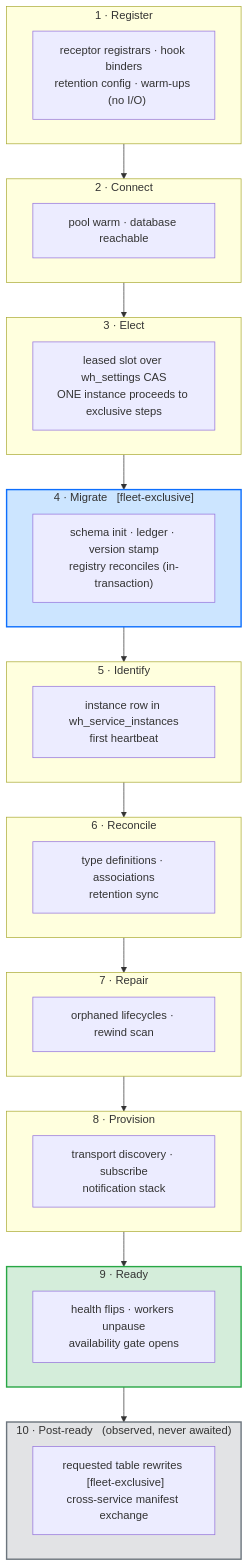
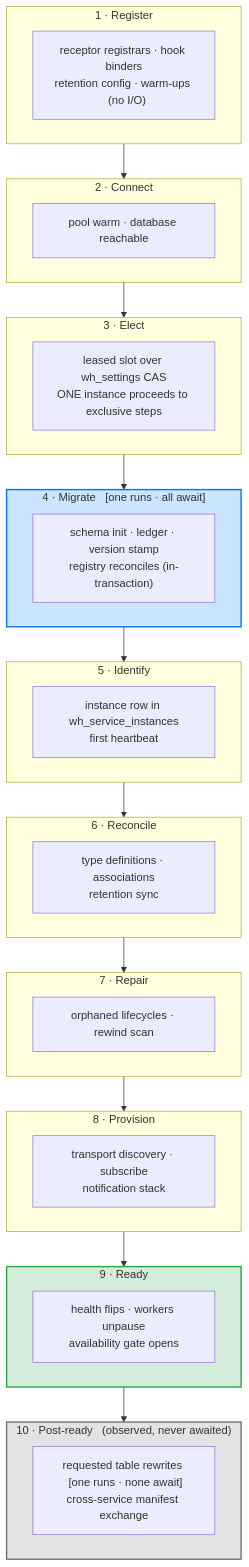
One commit to whizbang-lib/whizbang-lib.github.io changed the second of 2 diagrams in src/assets/docs/proposals/startup-pipeline.md. Above: the diagram before and after it, drawn with Mermaid. The commit also changed other lines of this file, not shown here.

````diff
--- a/src/assets/docs/proposals/startup-pipeline.md
+++ b/src/assets/docs/proposals/startup-pipeline.md
@@ -83,39 +83,39 @@
 ```mermaid
 graph TB
     subgraph Register["1 · Register"]
         G1["receptor registrars · hook binders<br/>retention config · warm-ups &nbsp;&nbsp;(no I/O)"]
     end
     subgraph Connect["2 · Connect"]
         C1["pool warm · database reachable"]
     end
     subgraph Elect["3 · Elect"]
         E1["leased slot over wh_settings CAS<br/>ONE instance proceeds to exclusive steps"]
     end
-    subgraph Migrate["4 · Migrate &nbsp;&nbsp;[fleet-exclusive]"]
+    subgraph Migrate["4 · Migrate &nbsp;&nbsp;[one runs · all await]"]
         M1["schema init · ledger · version stamp<br/>registry reconciles (in-transaction)"]
     end
     subgraph Identify["5 · Identify"]
         I1["instance row in wh_service_instances<br/>first heartbeat"]
     end
     subgraph Reconcile["6 · Reconcile"]
         R1["type definitions · associations<br/>retention sync"]
     end
     subgraph Repair["7 · Repair"]
         P1["orphaned lifecycles · rewind scan"]
     end
     subgraph Provision["8 · Provision"]
         V1["transport discovery · subscribe<br/>notification stack"]
     end
     subgraph Ready["9 · Ready"]
         Y1["health flips · workers unpause<br/>availability gate opens"]
     end
     subgraph Post["10 · Post-ready &nbsp;&nbsp;(observed, never awaited)"]
-        Z1["requested table rewrites &nbsp;[fleet-exclusive]<br/>cross-service manifest exchange"]
+        Z1["requested table rewrites &nbsp;[one runs · none await]<br/>cross-service manifest exchange"]
     end
 
     Register --> Connect --> Elect --> Migrate --> Identify --> Reconcile --> Repair --> Provision --> Ready --> Post
 
     style Migrate fill:#cce5ff,stroke:#0d6efd,stroke-width:2px
     style Post fill:#e2e3e5,stroke:#6c757d,stroke-width:2px
     style Ready fill:#d4edda,stroke:#28a745,stroke-width:2px
 ```
````
